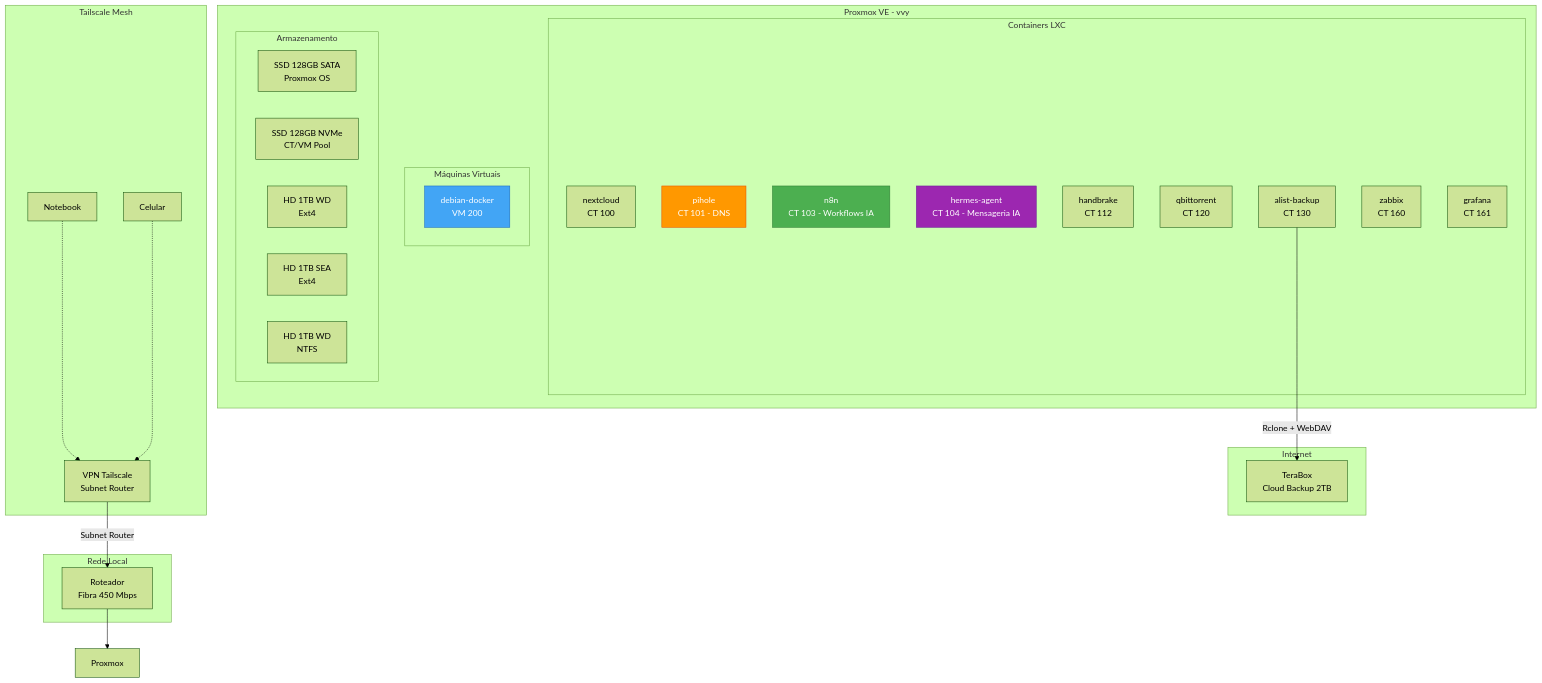
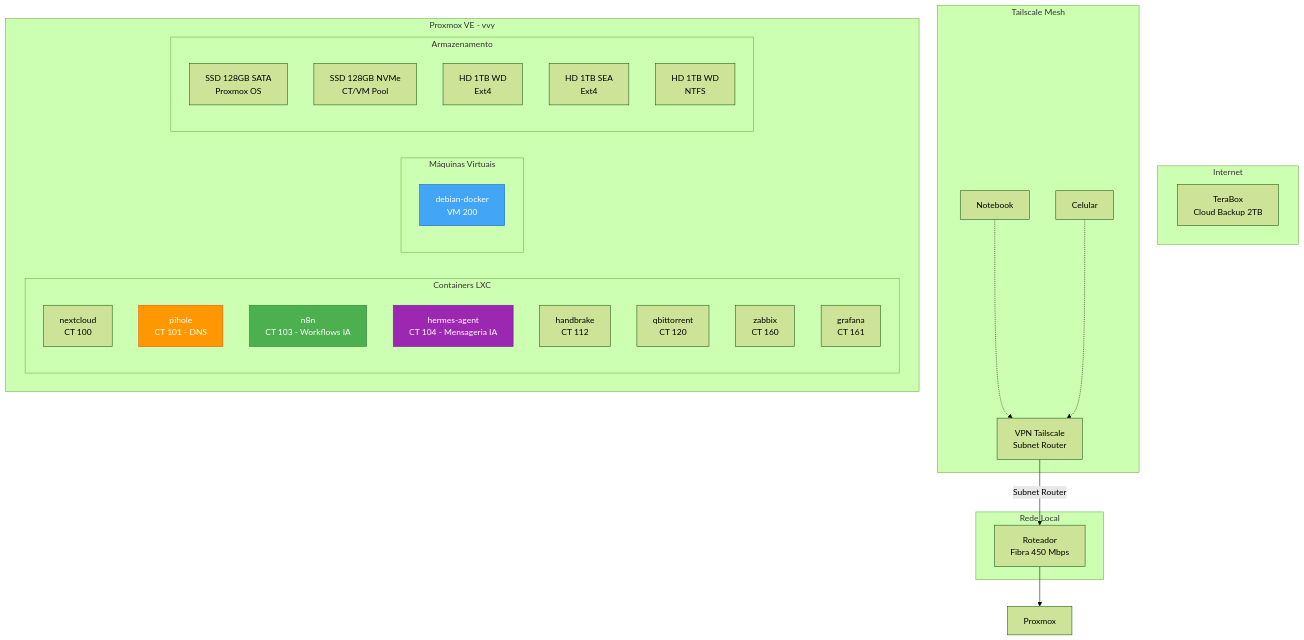
Before and after one commit to mviniciusy/vvy-homelab: the diagram in README.md, drawn with Mermaid (forest theme). The commit also changed other lines of this file and 12 other files, not shown here.

````diff
--- a/README.md
+++ b/README.md
@@ -11,53 +11,51 @@
 ```mermaid
 graph TB
     subgraph Internet
         TeraBox[TeraBox<br/>Cloud Backup 2TB]
     end
 
     subgraph Rede Local
         Router[Roteador<br/>Fibra 450 Mbps]
     end
 
     subgraph Tailscale Mesh
         TS[VPN Tailscale<br/>Subnet Router]
         NB[Notebook]
         Phone[Celular]
     end
 
     subgraph Proxmox VE - vvy
         subgraph Containers LXC
             NC[nextcloud<br/>CT 100]
             PH[pihole<br/>CT 101 - DNS]
                        N8N[n8n<br/>CT 103 - Workflows IA]
             HER[hermes-agent<br/>CT 104 - Mensageria IA]
             HB[handbrake<br/>CT 112]
             QB[qbittorrent<br/>CT 120]
-            AL[alist-backup<br/>CT 130]
             ZB[zabbix<br/>CT 160]
             GF[grafana<br/>CT 161]
         end
 
         subgraph Máquinas Virtuais
             DK[debian-docker<br/>VM 200]
         end
 
         subgraph Armazenamento
             SSD1[SSD 128GB SATA<br/>Proxmox OS]
             SSD2[SSD 128GB NVMe<br/>CT/VM Pool]
             HD1[HD 1TB WD<br/>Ext4]
             HD2[HD 1TB SEA<br/>Ext4]
             HD3[HD 1TB WD<br/>NTFS]
         end
     end
 
     Router --> Proxmox
     TS --> |Subnet Router| Router
     NB -.-> TS
     Phone -.-> TS
-    AL -->|Rclone + WebDAV| TeraBox
    
        style N8N fill:#4caf50,stroke:#2e7d32,color:#fff
     style HER fill:#9c27b0,stroke:#6a1b9a,color:#fff
     style DK fill:#42a5f5,stroke:#1565c0,color:#fff
     style PH fill:#ff9800,stroke:#e65100,color:#fff
 ```
````
